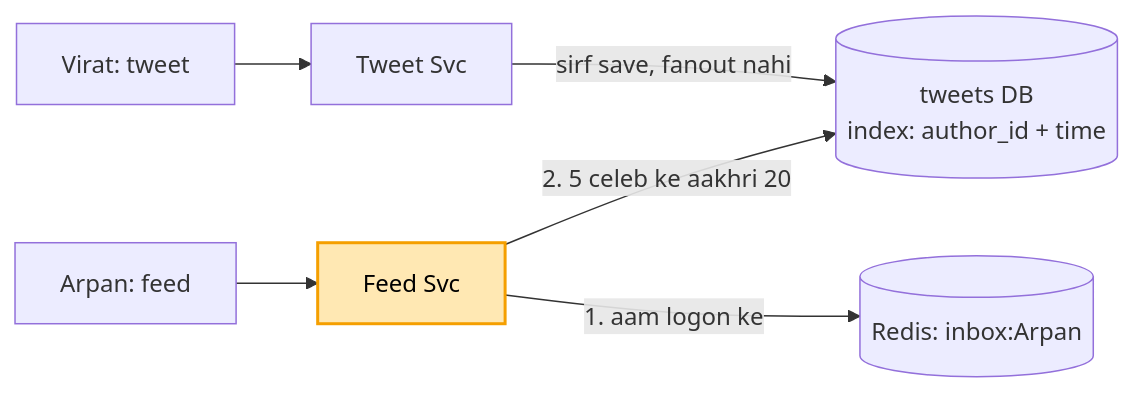
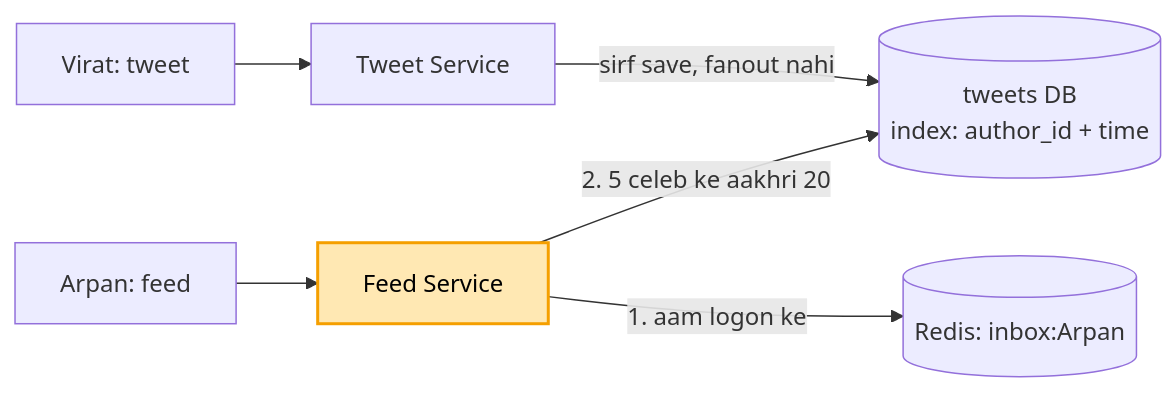
Before and after one commit to ArpanMaheshwari144/Prep: the fourth of 9 diagrams in 04_HLD/SYSTEM_DESIGNS/03_twitter_feed/03_twitter_feed.md, drawn with Mermaid. The commit also changed other lines of this file and 8 other files, not shown here.

````diff
--- a/04_HLD/SYSTEM_DESIGNS/03_twitter_feed/03_twitter_feed.md
+++ b/04_HLD/SYSTEM_DESIGNS/03_twitter_feed/03_twitter_feed.md
@@ -163,9 +163,9 @@
 ```mermaid
 flowchart LR
-    V["Virat: tweet"] --> TS["Tweet Svc"]
+    V["Virat: tweet"] --> TS["Tweet Service"]
     TS -- "sirf save, fanout nahi" --> T[("tweets DB<br/>index: author_id + time")]
-    U["Arpan: feed"] --> F["Feed Svc"]
+    U["Arpan: feed"] --> F["Feed Service"]
     F -- "1. aam logon ke" --> IN[("Redis: inbox:Arpan")]
     F -- "2. 5 celeb ke aakhri 20" --> T
     style F fill:#ffe8b3,stroke:#f59f00,stroke-width:2px,color:#000
 ```
````
